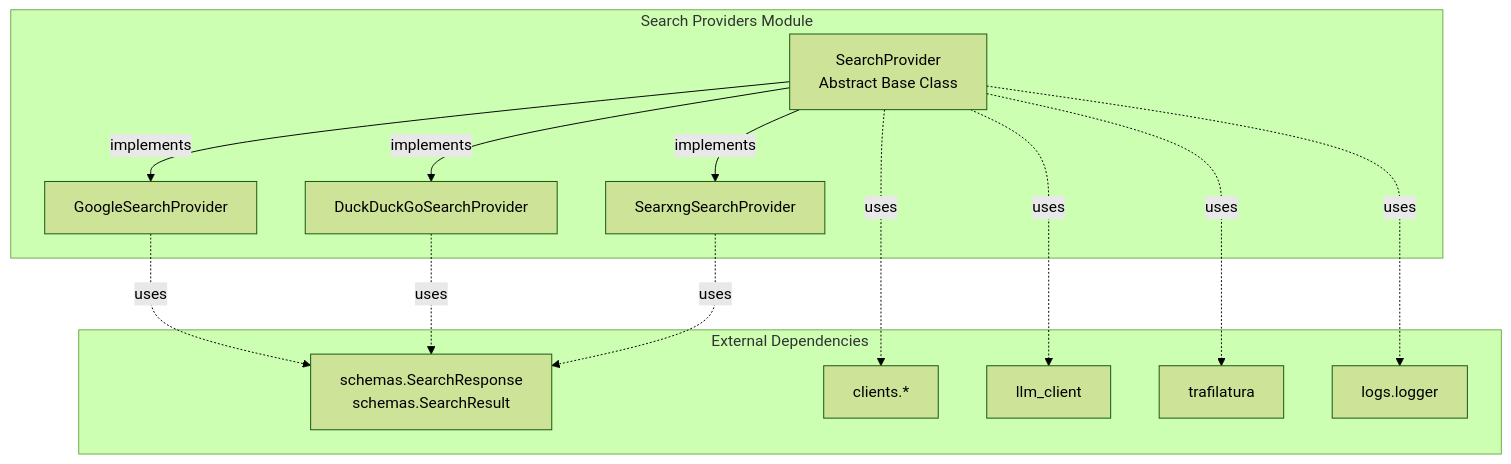
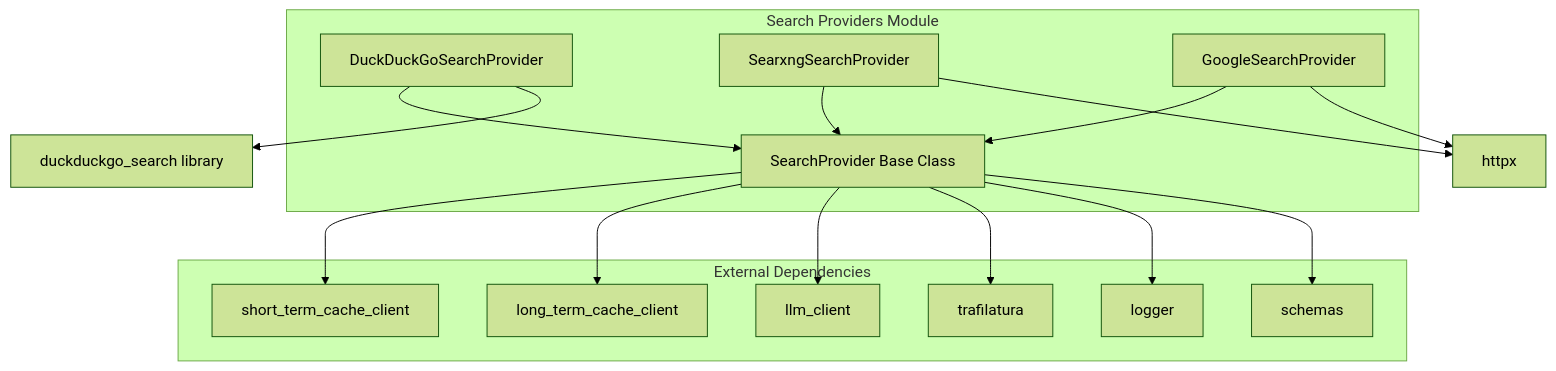
One commit to anhnh2002/titan-sight changed the second of 4 diagrams in docs/search-providers.md. Above: the diagram before and after it, drawn with Mermaid (forest theme). The commit also changed other lines of this file and 10 other files, not shown here.

````diff
--- a/docs/search-providers.md
+++ b/docs/search-providers.md
@@ -11,30 +48,33 @@
 ```mermaid
 graph TB
     subgraph "Search Providers Module"
-        SP[SearchProvider<br/>Abstract Base Class]
-        GSP[GoogleSearchProvider]
+        SP[SearchProvider Base Class]
         DDG[DuckDuckGoSearchProvider]
-        SNG[SearxngSearchProvider]
-        
-        SP -->|implements| GSP
-        SP -->|implements| DDG
-        SP -->|implements| SNG
+        SX[SearxngSearchProvider]
+        GGL[GoogleSearchProvider]
     end
     
     subgraph "External Dependencies"
-        SC[schemas.SearchResponse<br/>schemas.SearchResult]
-        CC[clients.*]
+        SC[short_term_cache_client]
+        LC[long_term_cache_client]
         LLM[llm_client]
-        TC[trafilatura]
-        LG[logs.logger]
+        TR[trafilatura]
+        LOG[logger]
+        SCH[schemas]
     end
     
-    GSP -.->|uses| SC
-    DDG -.->|uses| SC
-    SNG -.->|uses| SC
+    SP --> SC
+    SP --> LC
+    SP --> LLM
+    SP --> TR
+    SP --> LOG
+    SP --> SCH
     
-    SP -.->|uses| CC
-    SP -.->|uses| LLM
-    SP -.->|uses| TC
-    SP -.->|uses| LG
+    DDG --> SP
+    SX --> SP
+    GGL --> SP
+    
+    DDG --> DDGS[duckduckgo_search library]
+    SX --> HTT[httpx]
+    GGL --> HTT
 ```
````
